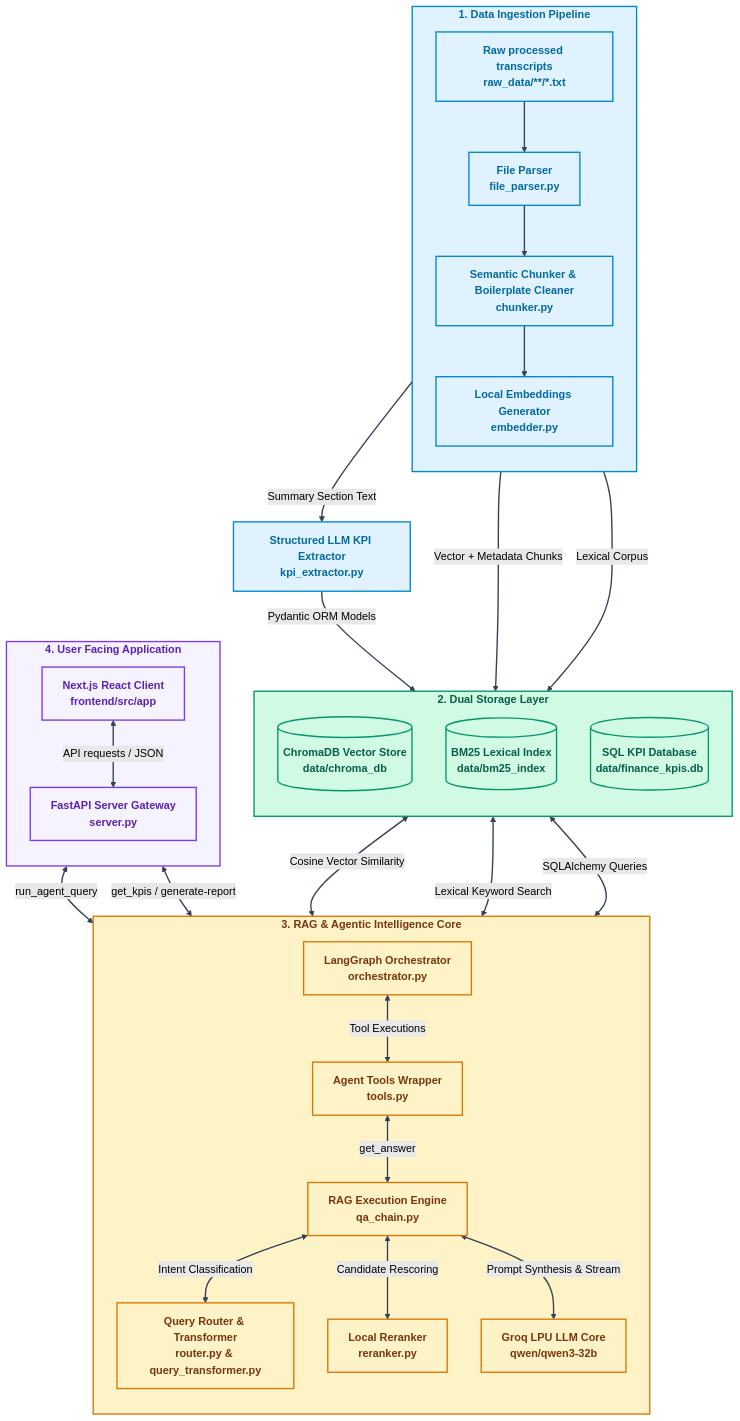
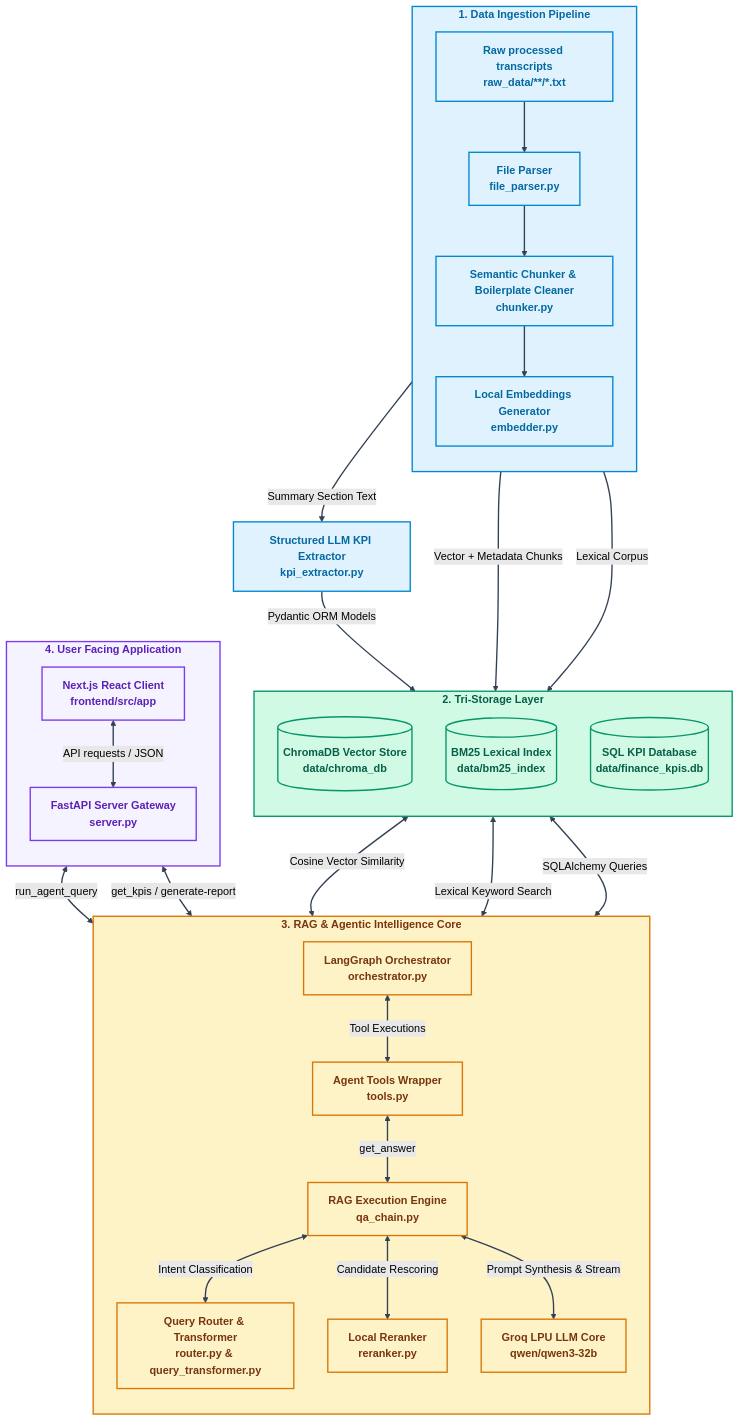
One commit to VedantKarne/AURA-Financial-Intelligence changed the diagram in README.md. Above: the diagram before and after it, drawn with Mermaid (forest theme). The commit also changed other lines of this file and 1 other file, not shown here.

Commit message:
Update the terminology from Dual-storage to tri-storage architecture

````diff
--- a/README.md
+++ b/README.md
@@ -193,65 +193,65 @@
 ```mermaid
 flowchart TB
     classDef ingestion fill:#e0f2fe,stroke:#0288d1,stroke-width:2px,color:#0369a1,font-weight:bold
     classDef storage fill:#d1fae5,stroke:#059669,stroke-width:2px,color:#065f46,font-weight:bold
     classDef logic fill:#fef3c7,stroke:#d97706,stroke-width:2px,color:#78350f,font-weight:bold
     classDef ui fill:#f5f3ff,stroke:#7c3aed,stroke-width:2px,color:#5b21b6,font-weight:bold
 
     subgraph Data_Ingestion_Pipeline [1. Data Ingestion Pipeline]
         direction TB
         A1[Raw processed transcripts<br/>raw_data/**/*.txt] --> A2[File Parser<br/>file_parser.py]
         A2 --> A3[Semantic Chunker & Boilerplate Cleaner<br/>chunker.py]
         A3 --> A4[Local Embeddings Generator<br/>embedder.py]
     end
     class Data_Ingestion_Pipeline ingestion
 
-    subgraph Dual_Storage_Layer [2. Dual Storage Layer]
+    subgraph Tri_Storage_Layer [2. Tri-Storage Layer]
         direction TB
         B1[(ChromaDB Vector Store<br/>data/chroma_db)]
         B2[(BM25 Lexical Index<br/>data/bm25_index)]
         B3[(SQL KPI Database<br/>data/finance_kpis.db)]
     end
-    class Dual_Storage_Layer storage
+    class Tri_Storage_Layer storage
 
     A4 -->|Vector + Metadata Chunks| B1
     A3 -->|Lexical Corpus| B2
     A2 -->|Summary Section Text| A5[Structured LLM KPI Extractor<br/>kpi_extractor.py]
     A5 -->|Pydantic ORM Models| B3
 
     subgraph Intelligence_Core [3. RAG & Agentic Intelligence Core]
         direction TB
         C1[LangGraph Orchestrator<br/>orchestrator.py]
         C2[Agent Tools Wrapper<br/>tools.py]
         C3[Query Router & Transformer<br/>router.py & query_transformer.py]
         C4[RAG Execution Engine<br/>qa_chain.py]
         C5[Local Reranker<br/>reranker.py]
         C6[Groq LPU LLM Core<br/>qwen/qwen3-32b]
     end
     class Intelligence_Core logic
 
     B1 <-->|Cosine Vector Similarity| C4
     B2 <-->|Lexical Keyword Search| C4
     B3 <-->|SQLAlchemy Queries| C2
     C1 <-->|Tool Executions| C2
     C2 <-->|get_answer| C4
     C4 <-->|Intent Classification| C3
     C4 <-->|Candidate Rescoring| C5
     C4 <-->|Prompt Synthesis & Stream| C6
 
     subgraph User_Facing [4. User Facing Application]
         direction TB
         D1[FastAPI Server Gateway<br/>server.py]
         D2[Next.js React Client<br/>frontend/src/app]
     end
     class User_Facing ui
 
     D2 <-->|API requests / JSON| D1
     D1 <-->|run_agent_query| C1
     D1 <-->|get_kpis / generate-report| C2
 
     class A1,A2,A3,A4,A5 ingestion
     class B1,B2,B3 storage
     class C1,C2,C3,C4,C5,C6 logic
     class D1,D2 ui
     linkStyle default stroke:#334155,stroke-width:2px
 ```
````
